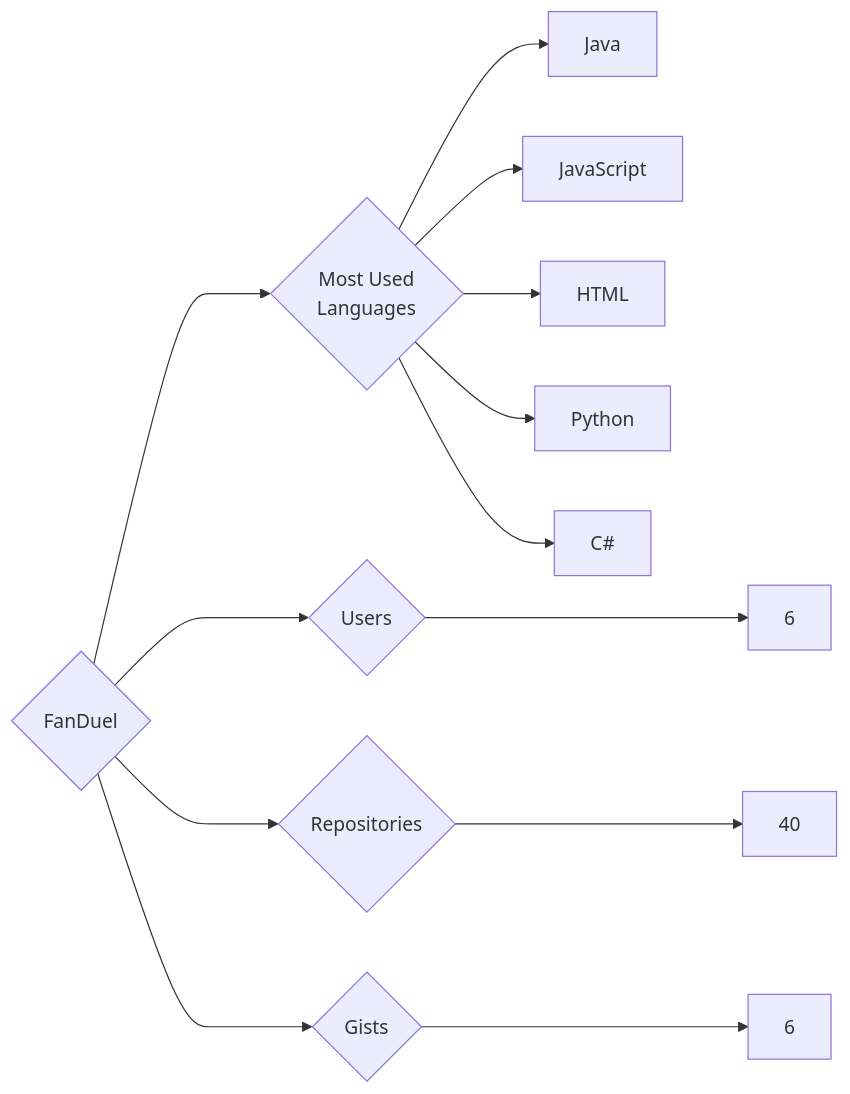
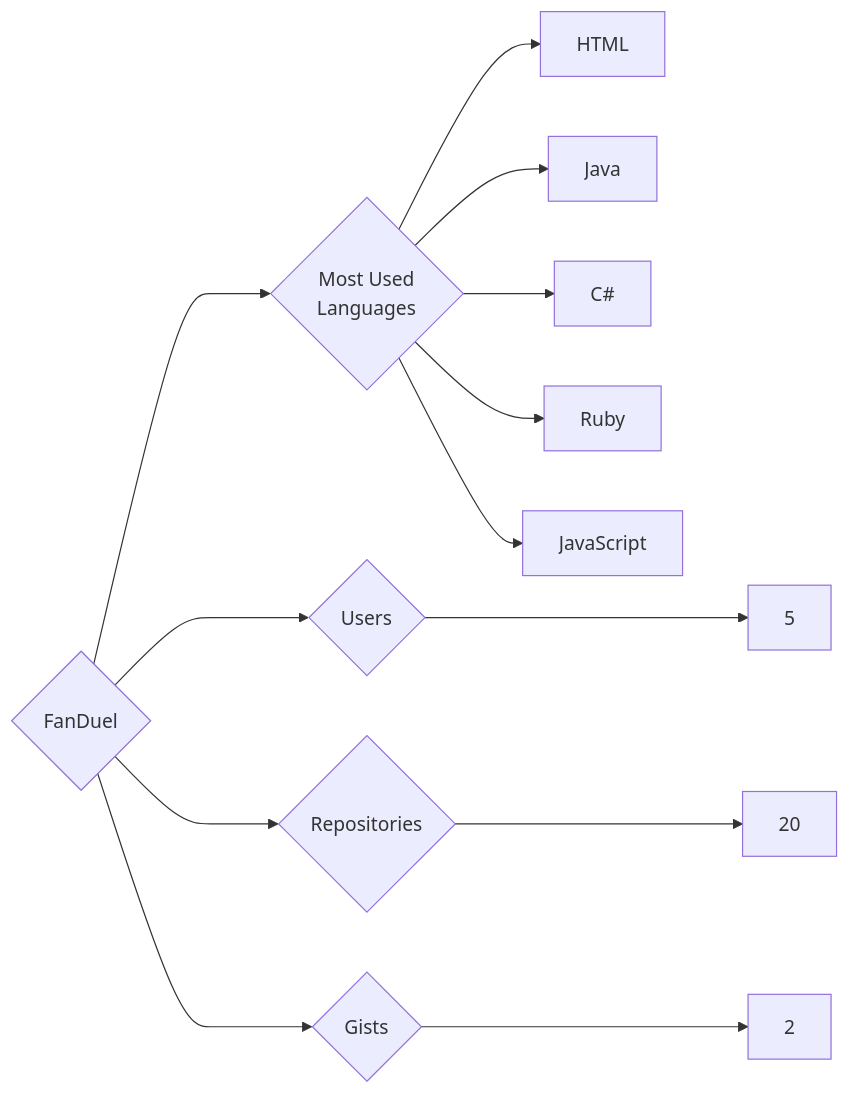
Before and after one commit to trickest/insiders: the diagram in targets/FanDuel/README.md, drawn with Mermaid. The commit also changed 865 other files, not shown here.

````diff
--- a/targets/FanDuel/README.md
+++ b/targets/FanDuel/README.md
@@ -3,13 +3,13 @@
 ```mermaid
 graph LR
 COMPANY_NAME{FanDuel}
-COMPANY_NAME ---> U{Users} ---> UN[6]
-COMPANY_NAME ---> R{Repositories} ---> RN[40]
-COMPANY_NAME ---> G{Gists} ---> GN[6]
+COMPANY_NAME ---> U{Users} ---> UN[5]
+COMPANY_NAME ---> R{Repositories} ---> RN[20]
+COMPANY_NAME ---> G{Gists} ---> GN[2]
 COMPANY_NAME ---> ML{Most Used<br>Languages}
+ML --> HTML[HTML]
 ML --> Java[Java]
+ML --> C#[C#]
+ML --> Ruby[Ruby]
 ML --> JavaScript[JavaScript]
-ML --> HTML[HTML]
-ML --> Python[Python]
-ML --> C#[C#]
 ```
````
